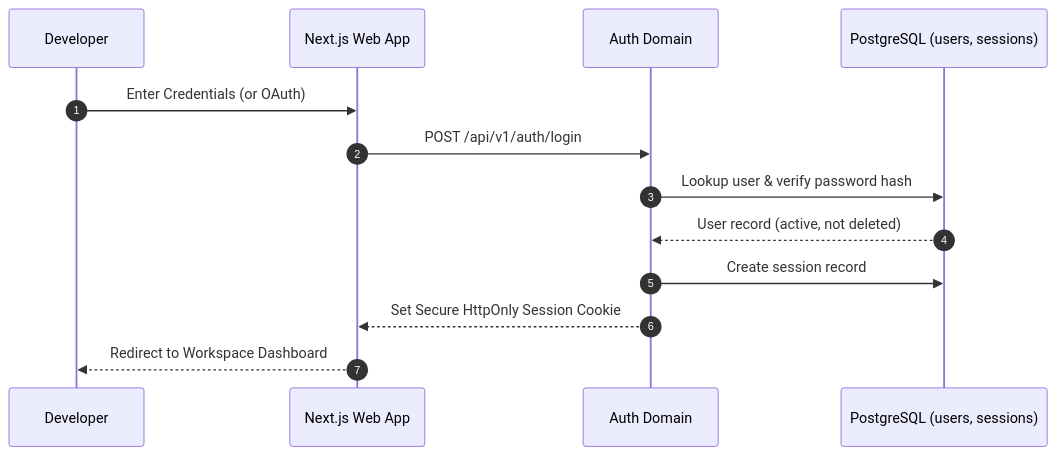
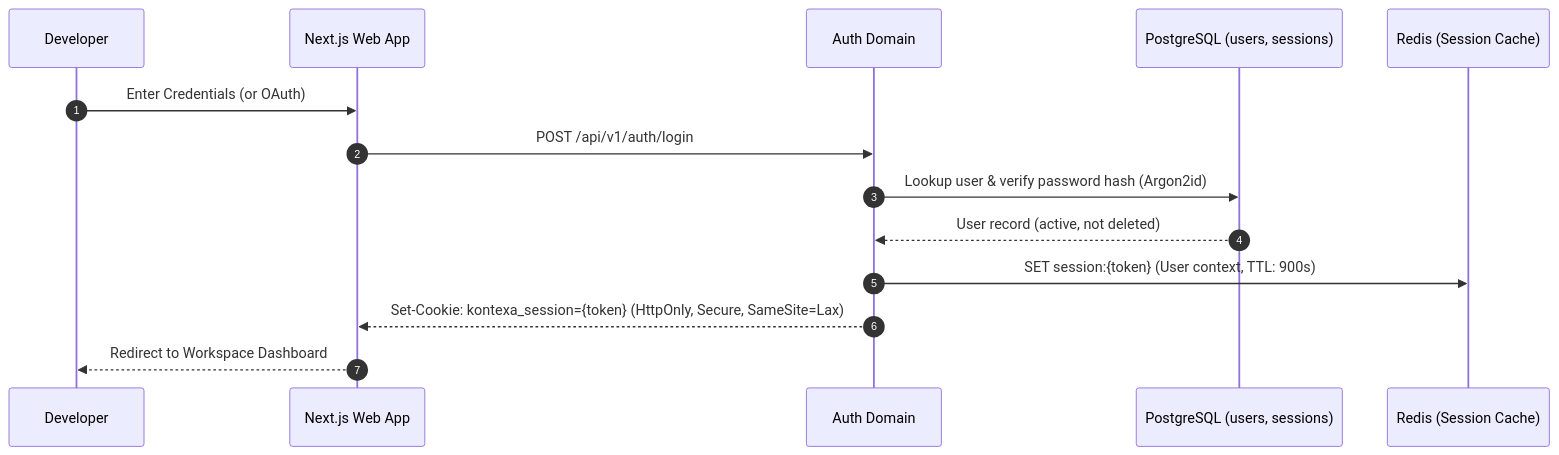
The second of 6 diagrams in docs/FLOW.md (Raj-Patel7807/kontexa), drawn with Mermaid before and after one commit. The commit also changed other lines of this file and 4 other files, not shown here.

Commit message:
docs: design target modular monolith architecture, ADRs, and system contracts for sprint 03

````diff
--- a/docs/FLOW.md
+++ b/docs/FLOW.md
@@ -54,16 +54,17 @@
 ```mermaid
 sequenceDiagram
     autonumber
     participant User as Developer
     participant UI as Next.js Web App
     participant AuthAPI as Auth Domain
     participant DB as PostgreSQL (users, sessions)
+    participant Redis as Redis (Session Cache)
 
     User->>UI: Enter Credentials (or OAuth)
     UI->>AuthAPI: POST /api/v1/auth/login
-    AuthAPI->>DB: Lookup user & verify password hash
+    AuthAPI->>DB: Lookup user & verify password hash (Argon2id)
     DB-->>AuthAPI: User record (active, not deleted)
-    AuthAPI->>DB: Create session record
-    AuthAPI-->>UI: Set Secure HttpOnly Session Cookie
+    AuthAPI->>Redis: SET session:{token} (User context, TTL: 900s)
+    AuthAPI-->>UI: Set-Cookie: kontexa_session={token} (HttpOnly, Secure, SameSite=Lax)
     UI-->>User: Redirect to Workspace Dashboard
 ```
````
